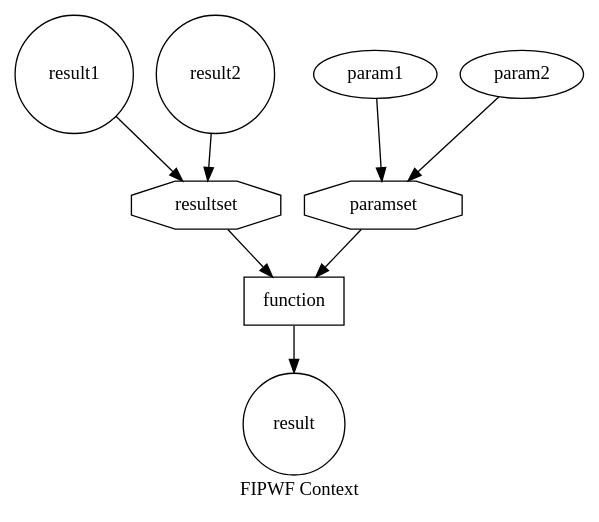
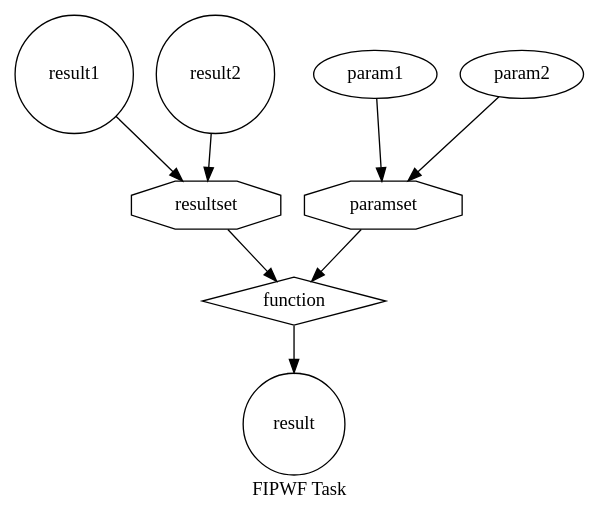
One commit to brettviren/btdtwf changed the diagram in doc/fipwf.org. Above: the diagram before and after it, drawn with Graphviz. The commit also changed other lines of this file and 7 other files, not shown here.

```diff
--- a/doc/fipwf.org
+++ b/doc/fipwf.org
@@ -14,19 +14,19 @@
 #+BEGIN_SRC dot
-  digraph fipwf {
-          label="FIPWF Context";
-	  result1[shape=circle];
-	  result2[shape=circle];
-	  result[shape=circle];
-	  resultset[shape=octagon];
-	  paramset[shape=octagon];
-	  function[shape=box];
+    digraph fipwf {
+            label="FIPWF Task";
+            result1[shape=circle];
+            result2[shape=circle];
+            result[shape=circle];
+            resultset[shape=octagon];
+            paramset[shape=octagon];
+            function[shape=diamond];
 
-          result1->resultset;
-          result2->resultset;
-          param1->paramset;
-          param2->paramset;
-          resultset->function;
-          paramset->function;
-          function->result;       
-  }
+            result1->resultset;
+            result2->resultset;
+            param1->paramset;
+            param2->paramset;
+            resultset->function;
+            paramset->function;
+            function->result;       
+    }
 #+END_SRC
```
